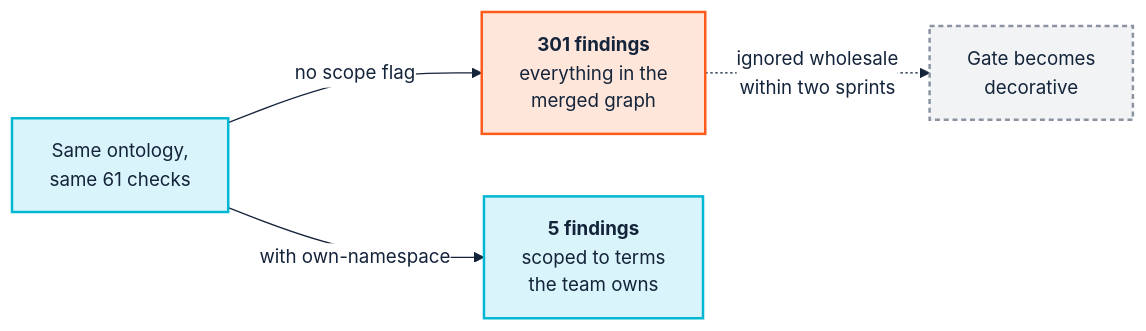
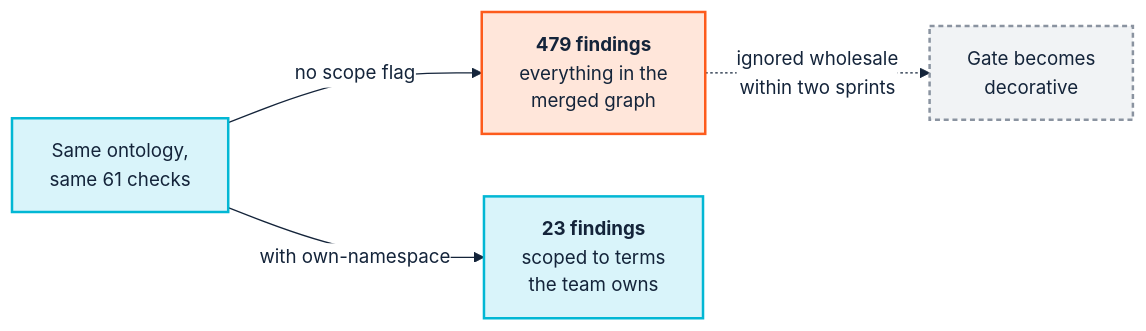
One commit to pwin/SemOpsManual changed the diagram in docs/02-people-and-cognition.md. Above: the diagram before and after it, drawn with Mermaid. The commit also changed other lines of this file and 6 other files, not shown here.

````diff
--- a/docs/02-people-and-cognition.md
+++ b/docs/02-people-and-cognition.md
@@ -148,20 +148,20 @@
 ```mermaid
 %%{init: {'theme':'base','themeVariables':{
   'fontSize':'15px','fontFamily':'Segoe UI, Helvetica, Arial, sans-serif',
   'lineColor':'#14243A','primaryTextColor':'#14243A',
   'edgeLabelBackground':'#FFFFFF'}}}%%
 flowchart LR
     RUN["Same ontology,<br/>same 61 checks"]
-    A["<b>301 findings</b><br/>everything in the<br/>merged graph"]
-    B["<b>5 findings</b><br/>scoped to terms<br/>the team owns"]
+    A["<b>479 findings</b><br/>everything in the<br/>merged graph"]
+    B["<b>23 findings</b><br/>scoped to terms<br/>the team owns"]
 
     RUN -->|"no scope flag"| A
     RUN -->|"with own-namespace"| B
 
     A -.->|"ignored wholesale<br/>within two sprints"| X["Gate becomes<br/>decorative"]
 
     classDef ci fill:#D9F4FA,stroke:#02B7D4,stroke-width:2px,color:#14243A;
     classDef human fill:#FFE6DA,stroke:#FD5B1C,stroke-width:2px,color:#14243A;
     classDef gap fill:#F1F3F5,stroke:#8A93A0,stroke-width:2px,color:#14243A,stroke-dasharray:4 3;
     class RUN ci; class A human; class B ci; class X gap;
 ```
````
